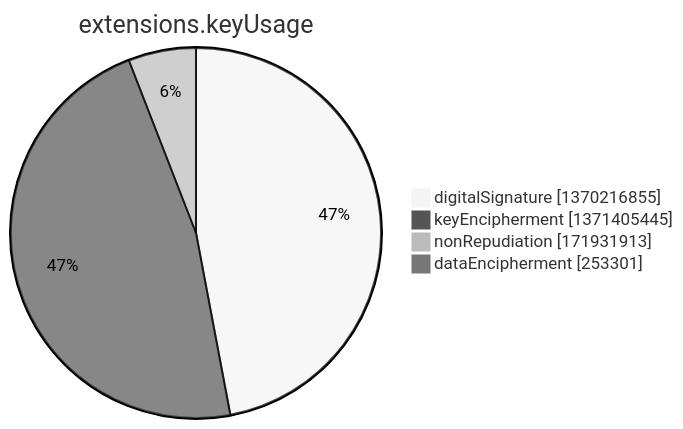
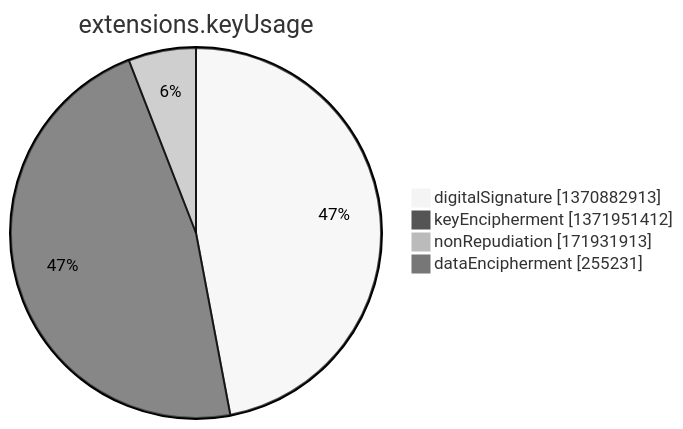
The seventh of 15 diagrams in argon2022/README.md (christiankrug/ctmonitor_visualization), drawn with Mermaid (neutral theme) before and after one commit. The commit also changed other lines of this file, not shown here.

````diff
--- a/argon2022/README.md
+++ b/argon2022/README.md
@@ -2751,8 +2751,8 @@
 ```mermaid
 pie showData
 title extensions.keyUsage
-"digitalSignature" :1370216855
-"keyEncipherment" :1371405445
+"digitalSignature" :1370882913
+"keyEncipherment" :1371951412
 "nonRepudiation" :171931913
-"dataEncipherment" :253301
+"dataEncipherment" :255231
 ```
````
